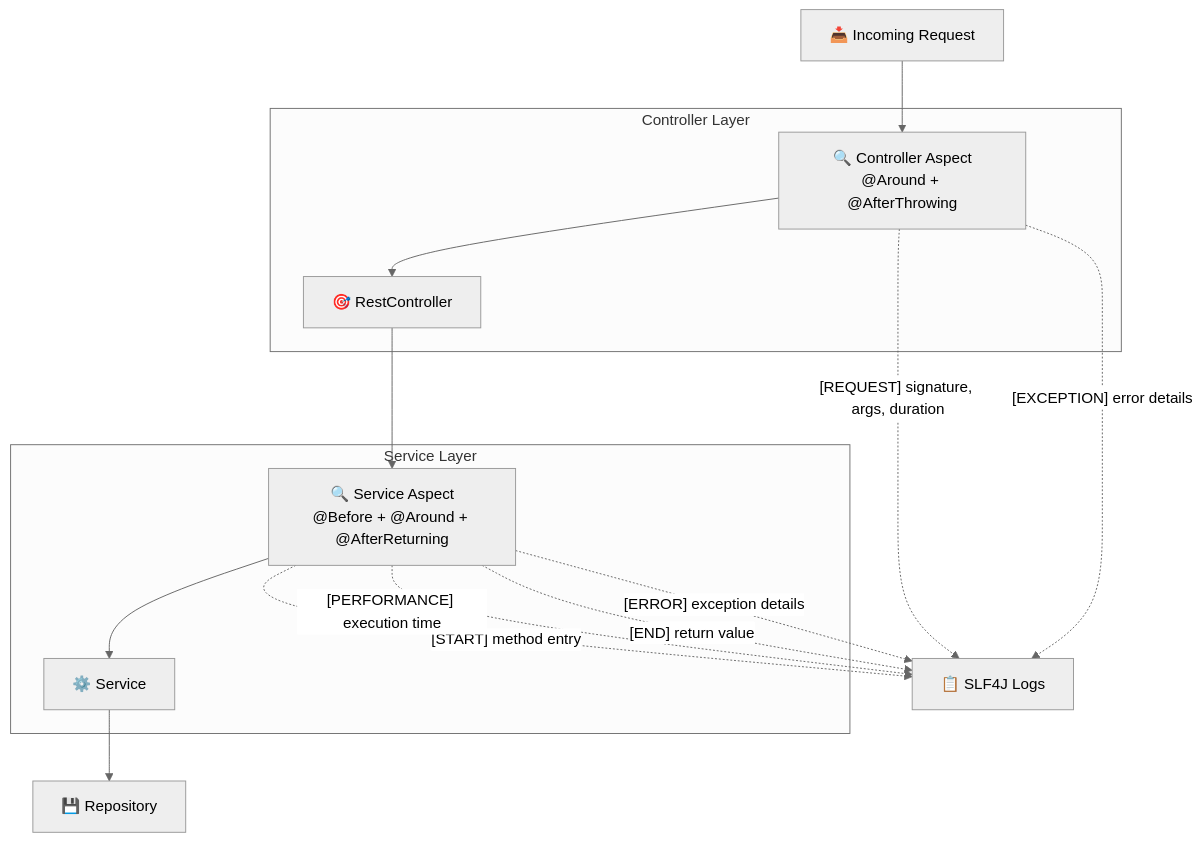
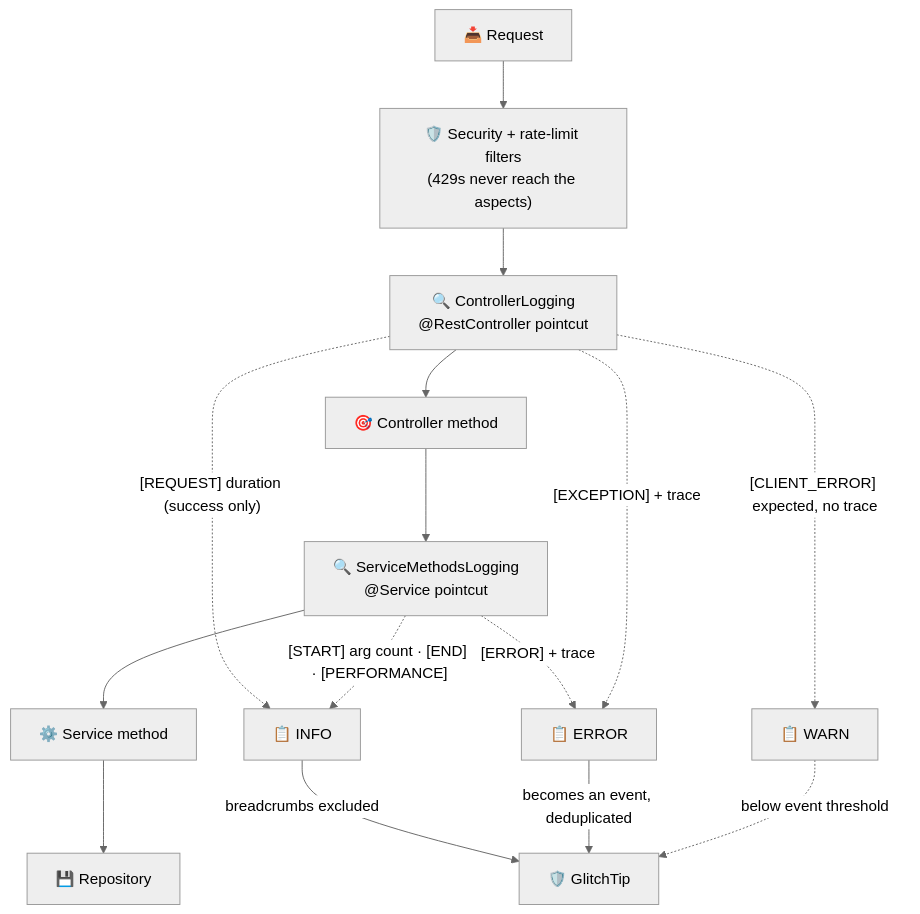
The diagram in architecture/aop/diagram.mmd (AndDev741/Beyou-arch-design), drawn with Mermaid (neutral theme) before and after one commit. The commit also changed 7 other files, not shown here.

First line of the commit message:
docs(architecture): refresh the AOP and cache topics against main

```diff
--- a/architecture/aop/diagram.mmd
+++ b/architecture/aop/diagram.mmd
@@ -1,22 +1,17 @@
 flowchart TD
-  REQ["📥 Incoming Request"]
-  REQ --> CA["🔍 Controller Aspect<br/>@Around + @AfterThrowing"]
+  REQ["📥 Request"] --> FILT["🛡️ Security + rate-limit filters<br/>(429s never reach the aspects)"]
+  FILT --> CA["🔍 ControllerLogging<br/>@RestController pointcut"]
+  CA --> CTRL["🎯 Controller method"]
+  CTRL --> SA["🔍 ServiceMethodsLogging<br/>@Service pointcut"]
+  SA --> SVC["⚙️ Service method"]
+  SVC --> DB["💾 Repository"]
 
-  subgraph "Controller Layer"
-    CA --> CTRL["🎯 RestController"]
-  end
+  CA -.->|"[REQUEST] duration (success only)"| INFO["📋 INFO"]
+  SA -.->|"[START] arg count · [END] · [PERFORMANCE]"| INFO
+  CA -.->|"[CLIENT_ERROR] expected, no trace"| WARN["📋 WARN"]
+  SA -.->|"[ERROR] + trace"| ERR["📋 ERROR"]
+  CA -.->|"[EXCEPTION] + trace"| ERR
 
-  CTRL --> SA["🔍 Service Aspect<br/>@Before + @Around + @AfterReturning"]
-
-  subgraph "Service Layer"
-    SA --> SVC["⚙️ Service"]
-  end
-
-  SVC --> REPO["💾 Repository"]
-
-  CA -.->|"[REQUEST] signature, args, duration"| LOG["📋 SLF4J Logs"]
-  CA -.->|"[EXCEPTION] error details"| LOG
-  SA -.->|"[START] method entry"| LOG
-  SA -.->|"[PERFORMANCE] execution time"| LOG
-  SA -.->|"[END] return value"| LOG
-  SA -.->|"[ERROR] exception details"| LOG
+  INFO -->|"breadcrumbs excluded"| GT["🛡️ GlitchTip"]
+  ERR -->|"becomes an event, deduplicated"| GT
+  WARN -.->|"below event threshold"| GT
```
